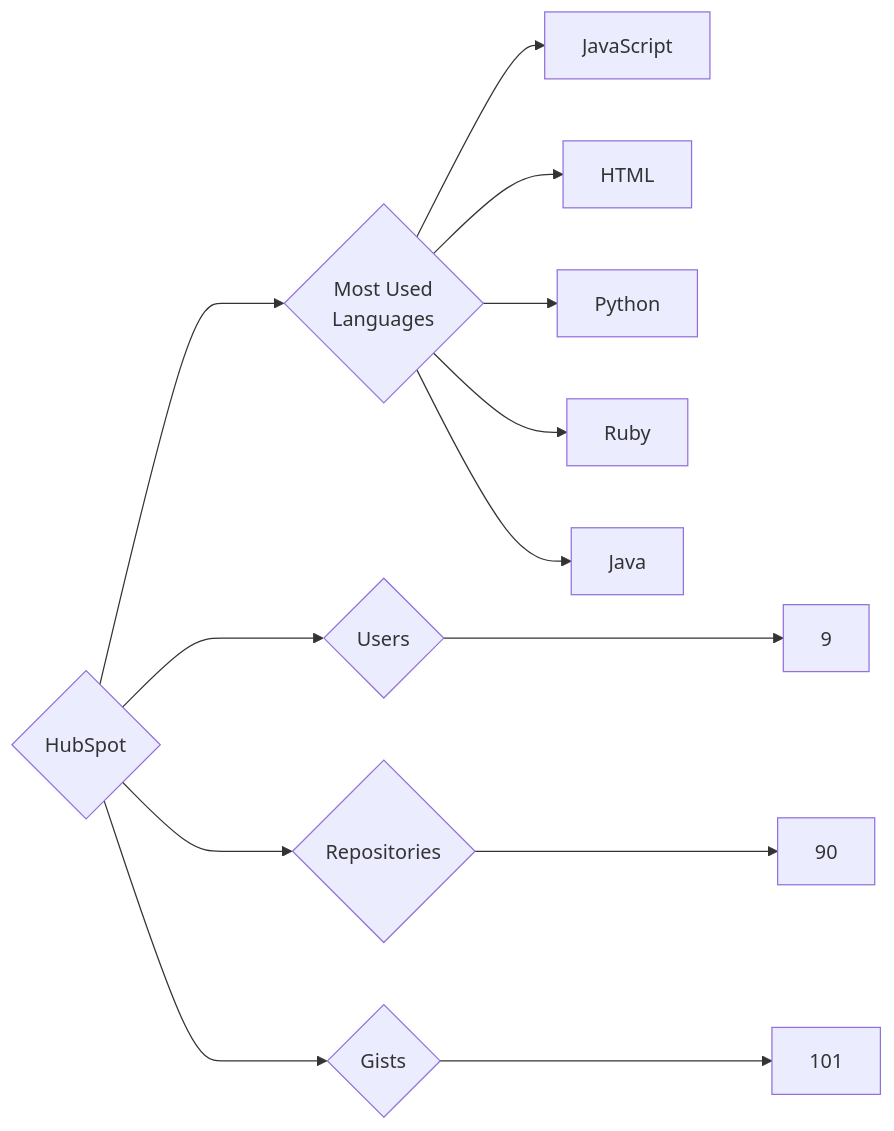
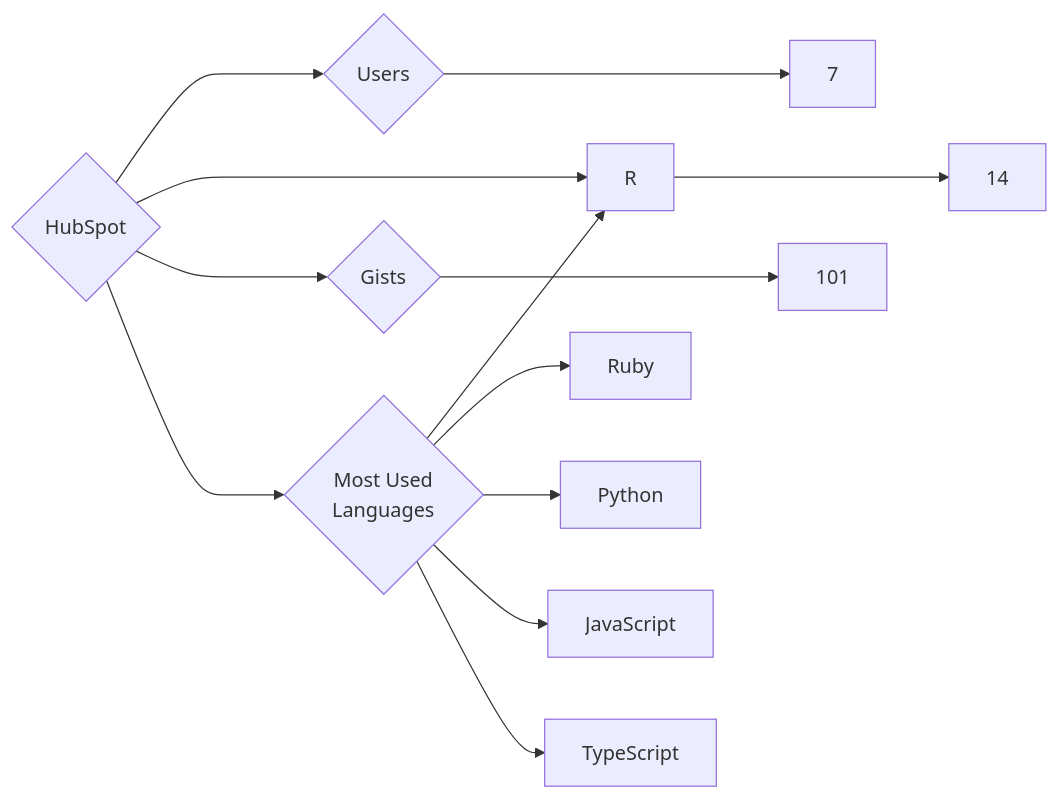
One commit to trickest/insiders changed the diagram in targets/HubSpot/README.md. Above: the diagram before and after it, drawn with Mermaid. The commit also changed 1167 other files, not shown here.

````diff
--- a/targets/HubSpot/README.md
+++ b/targets/HubSpot/README.md
@@ -3,13 +3,13 @@
 ```mermaid
 graph LR
 COMPANY_NAME{HubSpot}
-COMPANY_NAME ---> U{Users} ---> UN[9]
-COMPANY_NAME ---> R{Repositories} ---> RN[90]
+COMPANY_NAME ---> U{Users} ---> UN[7]
+COMPANY_NAME ---> R{Repositories} ---> RN[14]
 COMPANY_NAME ---> G{Gists} ---> GN[101]
 COMPANY_NAME ---> ML{Most Used<br>Languages}
+ML --> R[R]
+ML --> Ruby[Ruby]
+ML --> Python[Python]
 ML --> JavaScript[JavaScript]
-ML --> HTML[HTML]
-ML --> Python[Python]
-ML --> Ruby[Ruby]
-ML --> Java[Java]
+ML --> TypeScript[TypeScript]
 ```
````
